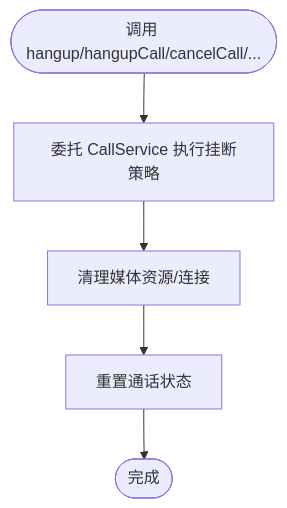
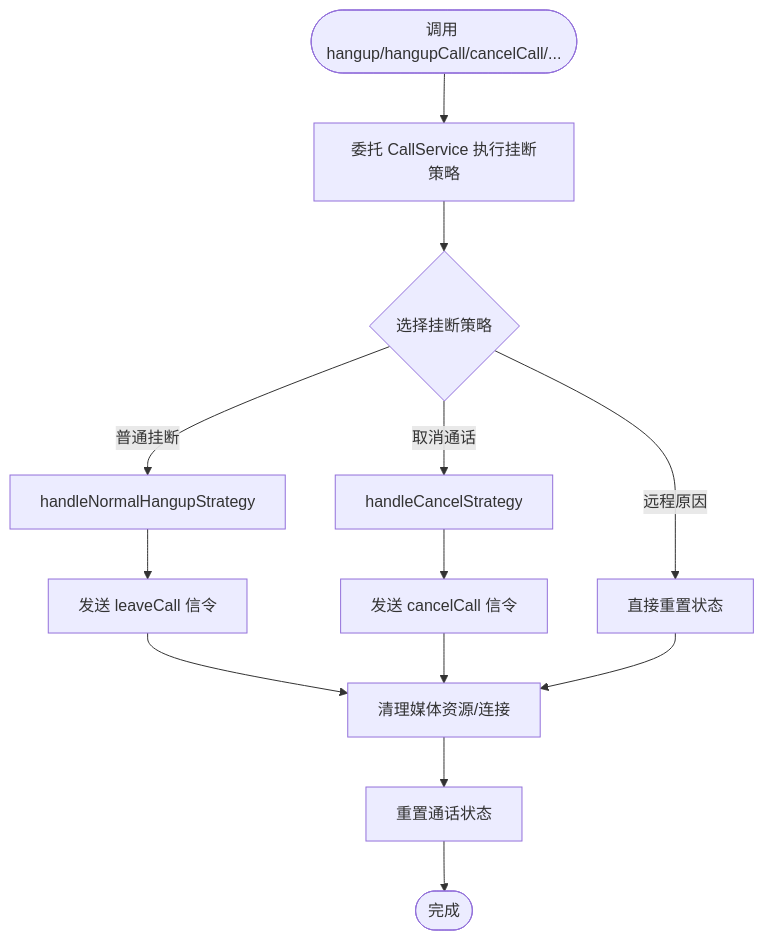
Before and after one commit to Easemob-Community/easemob-uikit-callkit-vue3: the fifth of 7 diagrams in .qoder/repowiki/zh/content/API 参考/组合式 API/通话控制 API.md, drawn with Mermaid. The commit also changed other lines of this file and 40 other files, not shown here.

````diff
--- a/.qoder/repowiki/zh/content/API 参考/组合式 API/通话控制 API.md
+++ b/.qoder/repowiki/zh/content/API 参考/组合式 API/通话控制 API.md
@@ -327,7 +343,15 @@
 ```mermaid
 flowchart TD
 Start(["调用 hangup/hangupCall/cancelCall/..."]) --> Delegate["委托 CallService 执行挂断策略"]
-Delegate --> Cleanup["清理媒体资源/连接"]
+Delegate --> Strategy{"选择挂断策略"}
+Strategy --> |普通挂断| Normal["handleNormalHangupStrategy"]
+Strategy --> |取消通话| Cancel["handleCancelStrategy"]
+Strategy --> |远程原因| Remote["直接重置状态"]
+Normal --> LeaveMsg["发送 leaveCall 信令"]
+Cancel --> CancelMsg["发送 cancelCall 信令"]
+LeaveMsg --> Cleanup["清理媒体资源/连接"]
+CancelMsg --> Cleanup
+Remote --> Cleanup
 Cleanup --> Reset["重置通话状态"]
 Reset --> End(["完成"])
 ```
````
